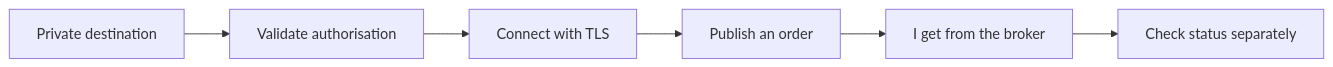
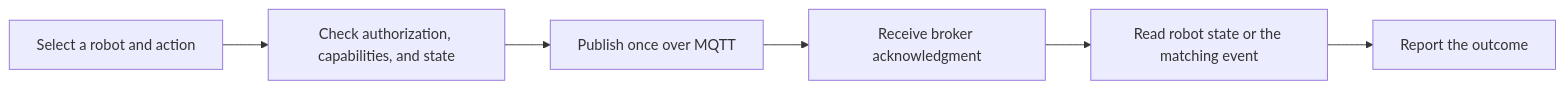
The diagram in specs/004-command-validation.md (efraespada/ha-roomba-home), drawn with Mermaid before and after one commit. The commit also changed other lines of this file and 1 other file, not shown here.

````diff
--- a/specs/004-command-validation.md
+++ b/specs/004-command-validation.md
@@ -84,8 +79,8 @@
 ```mermaid
 flowchart LR
-    A[Private destination] --> B[Validate authorisation]
-    B --> C[Connect with TLS]
-    C --> D[Publish an order]
-    D --> E[I get from the broker]
-    E --> F[Check status separately]
+    A[Select a robot and action] --> B[Check authorization, capabilities, and state]
+    B --> C[Publish once over MQTT]
+    C --> D[Receive broker acknowledgment]
+    D --> E[Read robot state or the matching event]
+    E --> F[Report the outcome]
 ```
````
